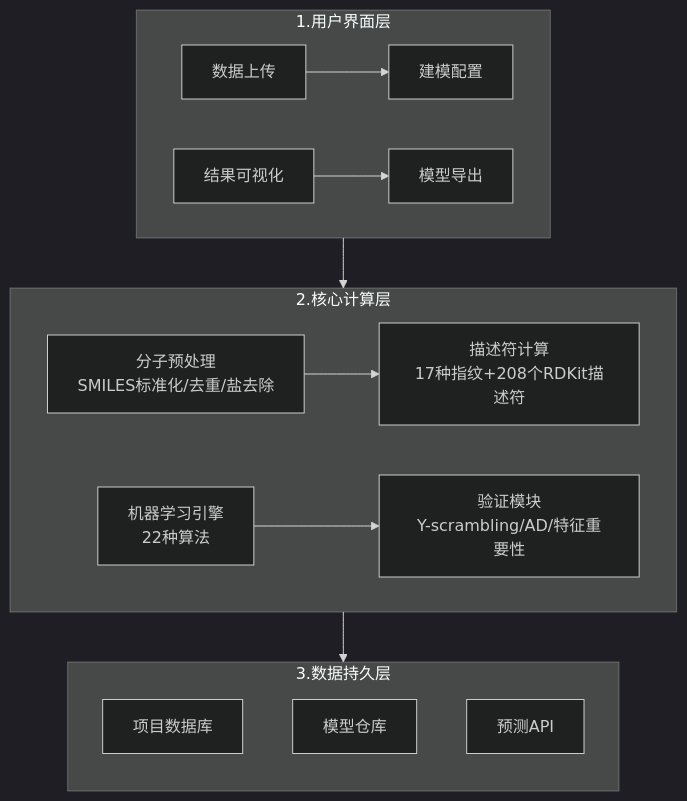
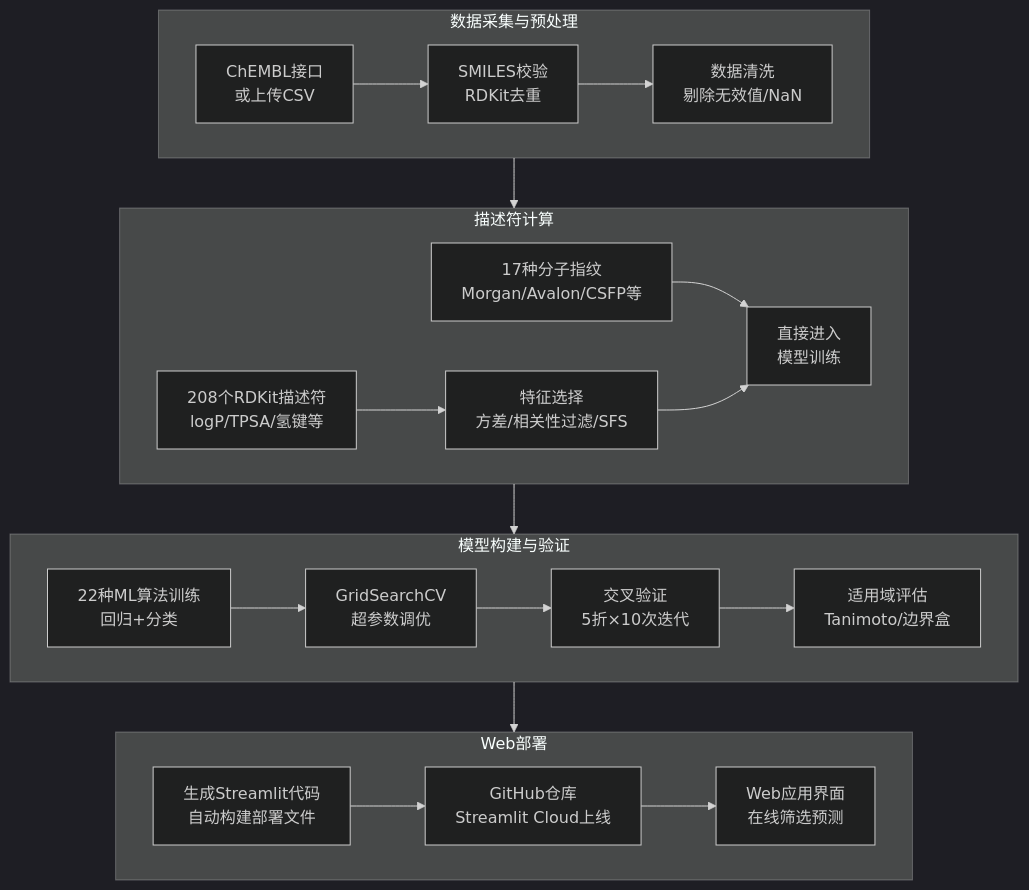
The diagram in _pages/Machine Learning & AI/Workflow & Agent/2026-07-13-poseidonq-qsar-platform.md (gxf1212/mendelevium), drawn with Mermaid (dark theme) before and after one commit. The commit also changed other lines of this file and 21 other files, not shown here.

````diff
--- a/_pages/Machine Learning & AI/Workflow & Agent/2026-07-13-poseidonq-qsar-platform.md
+++ b/_pages/Machine Learning & AI/Workflow & Agent/2026-07-13-poseidonq-qsar-platform.md
@@ -76,20 +56,26 @@
 ```mermaid
 graph TB
-    subgraph S1["1.用户界面层"]
+    subgraph S1["数据采集与预处理"]
         direction LR
-        UI1["数据上传"] --> UI2["建模配置"]
-        UI3["结果可视化"] --> UI4["模型导出"]
+        A1["ChEMBL接口<br/>或上传CSV"] --> A2["SMILES校验<br/>RDKit去重"]
+        A2 --> A3["数据清洗<br/>剔除无效值/NaN"]
     end
-    subgraph S2["2.核心计算层"]
+    subgraph S2["描述符计算"]
         direction LR
-        C1["分子预处理<br/>SMILES标准化/去重/盐去除"] --> C2["描述符计算<br/>17种指纹+208个RDKit描述符"]
-        C3["机器学习引擎<br/>22种算法"] --> C4["验证模块<br/>Y-scrambling/AD/特征重要性"]
+        B1["17种分子指纹<br/>Morgan/Avalon/CSFP等"] --> B4["直接进入<br/>模型训练"]
+        B2["208个RDKit描述符<br/>logP/TPSA/氢键等"] --> B3["特征选择<br/>方差/相关性过滤/SFS"]
+        B3 --> B4
     end
-    subgraph S3["3.数据持久层"]
-        direction TB
-        D1["项目数据库"]
-        D2["模型仓库"]
-        D3["预测API"]
+    subgraph S3["模型构建与验证"]
+        direction LR
+        C1["22种ML算法训练<br/>回归+分类"] --> C2["GridSearchCV<br/>超参数调优"]
+        C2 --> C3["交叉验证<br/>5折×10次迭代"]
+        C3 --> C4["适用域评估<br/>Tanimoto/边界盒"]
     end
-    S1 --> S2 --> S3
+    subgraph S4["Web部署"]
+        direction LR
+        D1["生成Streamlit代码<br/>自动构建部署文件"] --> D2["GitHub仓库<br/>Streamlit Cloud上线"]
+        D2 --> D3["Web应用界面<br/>在线筛选预测"]
+    end
+    S1 --> S2 --> S3 --> S4
 ```
````
